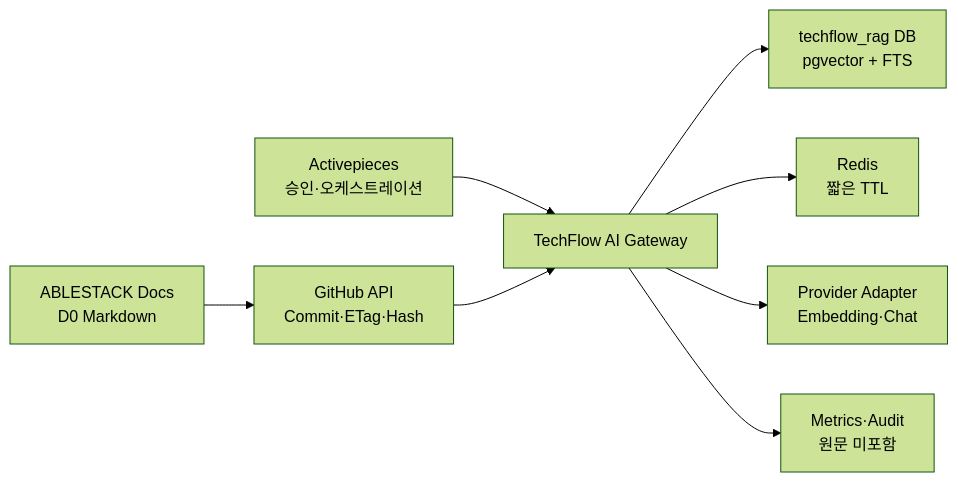
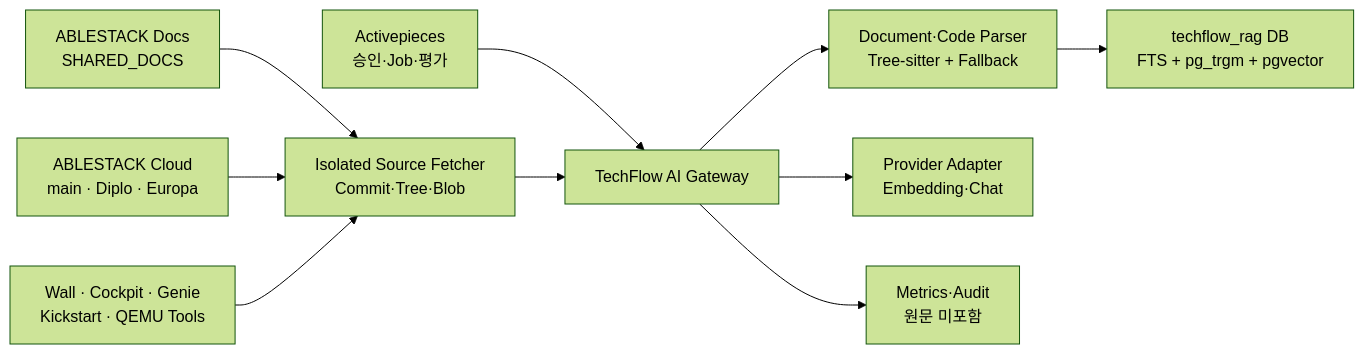
One commit to ablecloud-team/ablestack-techflow changed the diagram in docs/adr/0008-techflow-rag-poc-architecture.md. Above: the diagram before and after it, drawn with Mermaid (forest theme). The commit also changed other lines of this file and 13 other files, not shown here.

Commit message:
Issue #20 ABLESTACK 소스코드 RAG 범위 확장

````diff
--- a/docs/adr/0008-techflow-rag-poc-architecture.md
+++ b/docs/adr/0008-techflow-rag-poc-architecture.md
@@ -31,10 +50,12 @@
 ```mermaid
 flowchart LR
-    DOCS["ABLESTACK Docs\nD0 Markdown"] --> GH["GitHub API\nCommit·ETag·Hash"]
-    AP["Activepieces\n승인·오케스트레이션"] --> GW["TechFlow AI Gateway"]
-    GH --> GW
-    GW --> PG["techflow_rag DB\npgvector + FTS"]
-    GW --> REDIS["Redis\n짧은 TTL"]
+    DOCS["ABLESTACK Docs\nSHARED_DOCS"] --> FETCH["Isolated Source Fetcher\nCommit·Tree·Blob"]
+    CLOUD["ABLESTACK Cloud\nmain · Diplo · Europa"] --> FETCH
+    COMPONENTS["Wall · Cockpit · Genie\nKickstart · QEMU Tools"] --> FETCH
+    AP["Activepieces\n승인·Job·평가"] --> GW["TechFlow AI Gateway"]
+    FETCH --> GW
+    GW --> PARSER["Document·Code Parser\nTree-sitter + Fallback"]
+    PARSER --> PG["techflow_rag DB\nFTS + pg_trgm + pgvector"]
     GW --> LLM["Provider Adapter\nEmbedding·Chat"]
     GW --> OBS["Metrics·Audit\n원문 미포함"]
 ```
````
